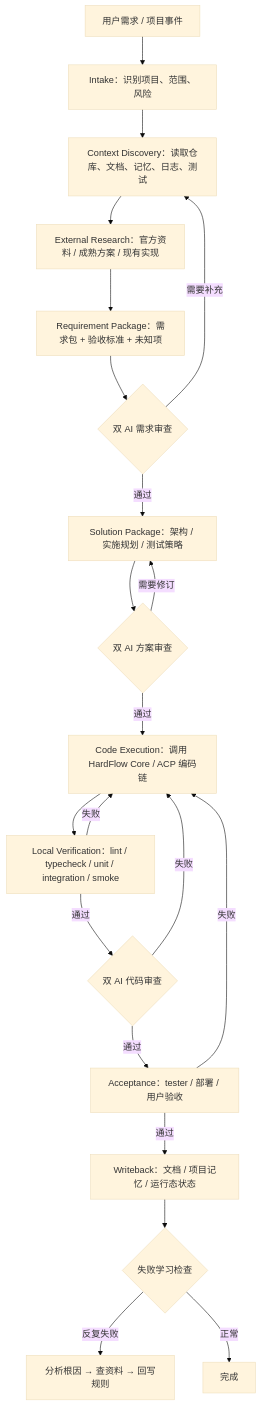
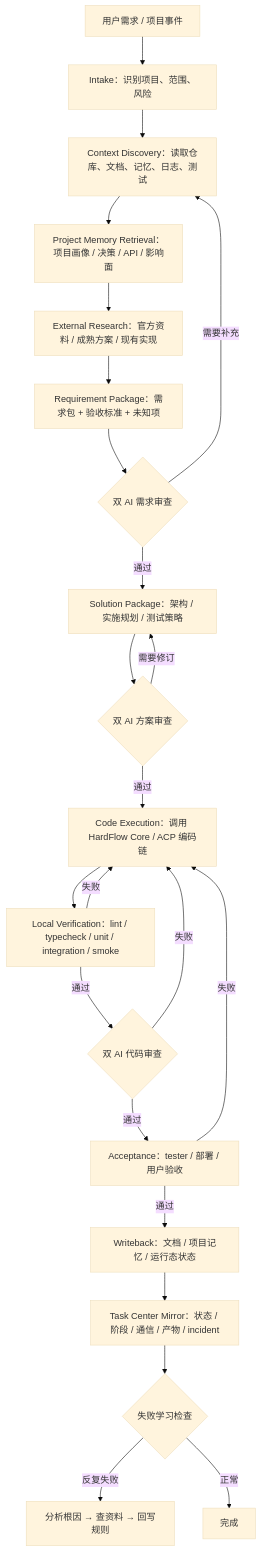
Before and after one commit to XX-Trader/openclaw-hardflow-backup-20260302: the first of 3 diagrams in docs/核心主工作流/项目交付优先工作流/项目交付优先工作流架构设计.md, drawn with Mermaid (base theme). The commit also changed other lines of this file and 38 other files, not shown here.

````diff
--- a/docs/核心主工作流/项目交付优先工作流/项目交付优先工作流架构设计.md
+++ b/docs/核心主工作流/项目交付优先工作流/项目交付优先工作流架构设计.md
@@ -23,23 +23,25 @@
 ```mermaid
 graph TD
     A[用户需求 / 项目事件] --> B[Intake：识别项目、范围、风险]
     B --> C[Context Discovery：读取仓库、文档、记忆、日志、测试]
-    C --> D[External Research：官方资料 / 成熟方案 / 现有实现]
+    C --> C1[Project Memory Retrieval：项目画像 / 决策 / API / 影响面]
+    C1 --> D[External Research：官方资料 / 成熟方案 / 现有实现]
     D --> E[Requirement Package：需求包 + 验收标准 + 未知项]
     E --> F{双 AI 需求审查}
     F -->|需要补充| C
     F -->|通过| G[Solution Package：架构 / 实施规划 / 测试策略]
     G --> H{双 AI 方案审查}
     H -->|需要修订| G
     H -->|通过| I[Code Execution：调用 HardFlow Core / ACP 编码链]
     I --> J[Local Verification：lint / typecheck / unit / integration / smoke]
     J -->|失败| I
     J -->|通过| K{双 AI 代码审查}
     K -->|失败| I
     K -->|通过| L[Acceptance：tester / 部署 / 用户验收]
     L -->|失败| I
     L -->|通过| M[Writeback：文档 / 项目记忆 / 运行态状态]
-    M --> N{失败学习检查}
+    M --> M1[Task Center Mirror：状态 / 阶段 / 通信 / 产物 / incident]
+    M1 --> N{失败学习检查}
     N -->|反复失败| O[分析根因 → 查资料 → 回写规则]
     N -->|正常| P[完成]
 ```
````
